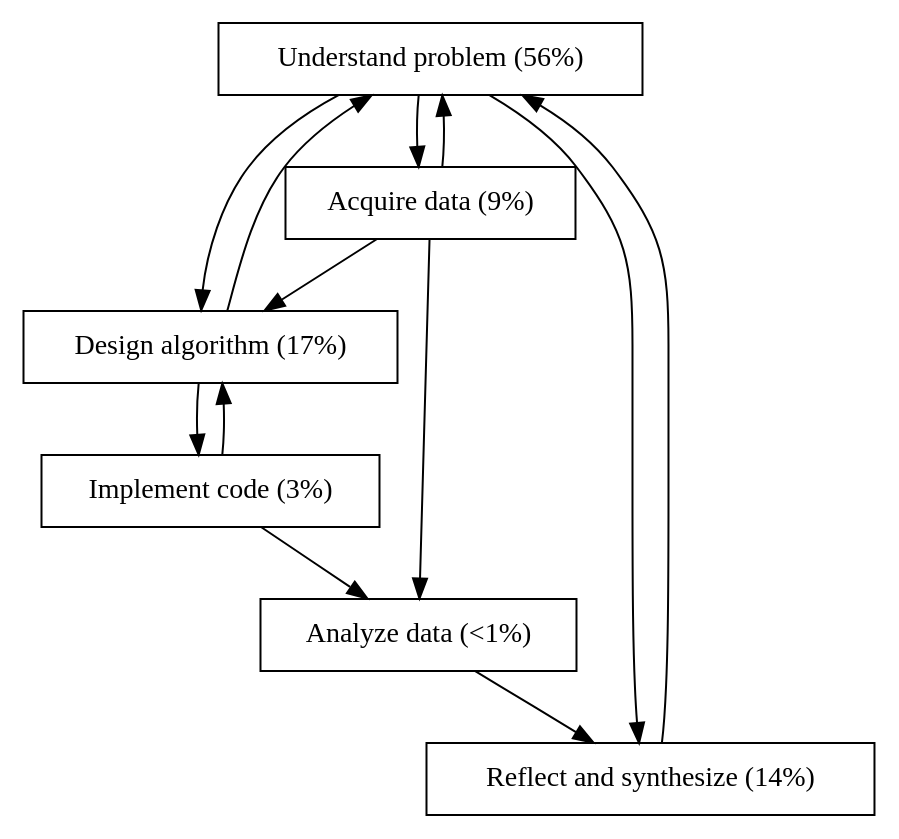
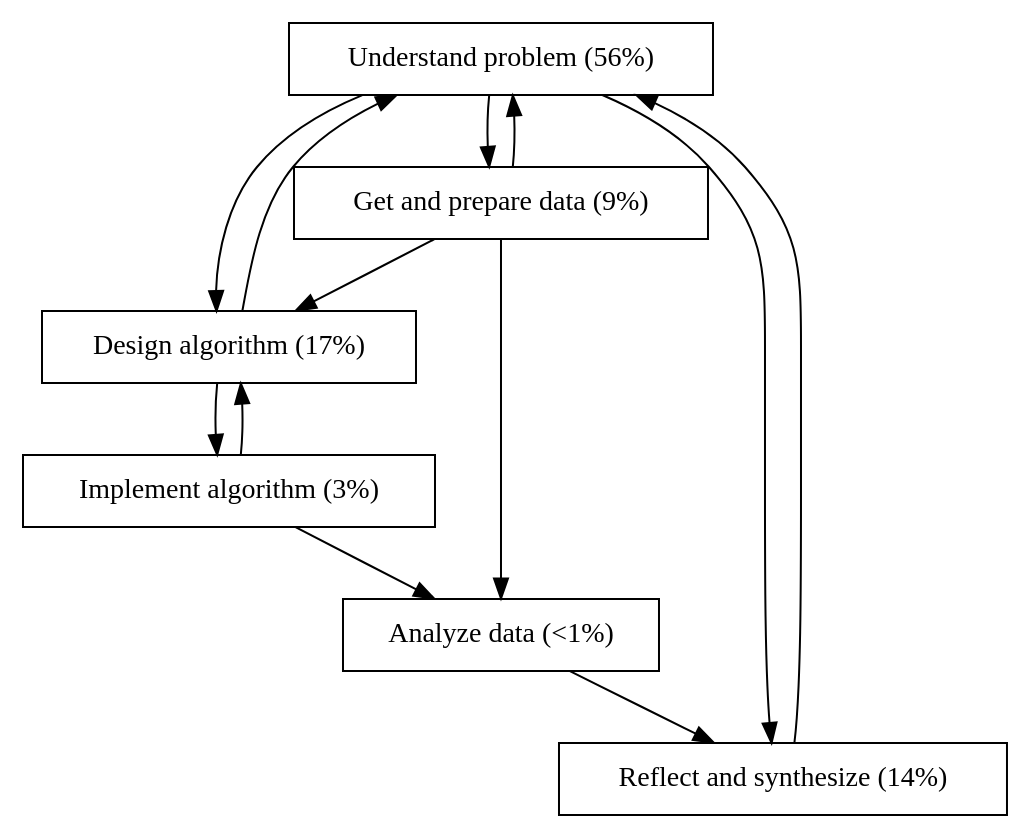
Before and after one commit to jarrodmillman/irr-case-study: the diagram in work_process.dot, drawn with Graphviz. The commit also changed 4 other files, not shown here.

```diff
--- a/work_process.dot
+++ b/work_process.dot
@@ -1,42 +1,42 @@
 digraph {
 	graph [bb="-106.36,-106.83,91.579,114.28"];
 	node [label="\N",
 		shape=box
 	];
 	1	 [height=0.5,
 		label="Understand problem (56%)",
 		pos="-92.363,96.096",
 		width=1.7778];
 	2	 [height=0.5,
-		label="Acquire data (9%)",
+		label="Get and prepare data (9%)",
 		pos="130,96.284",
 		width=1.1944];
 	1 -> 2;
 	3	 [height=0.5,
 		label="Design algorithm (17%)",
 		pos="35.579,38.87",
 		width=1.5556];
 	1 -> 3;
 	6	 [height=0.5,
 		label="Reflect and synthesize (14%)",
-		pos="1.1005,-88.826",
+		pos="1.005,-88.826",
 		width=0.77778];
 	1 -> 6;
 	2 -> 1;
 	2 -> 3;
 	2 -> 5;
 	3 -> 1;
 	4	 [height=0.5,
-		label="Implement code (3%)",
-		pos="55.559,-18.627",
+		label="Implement algorithm (3%)",
+		pos="75.559,-18.627",
 		width=0.625];
 	3 -> 4;
 	6 -> 1;
 	4 -> 3;
 	5	 [height=0.5,
 		label="Analyze data (<1%)",
-		pos="218.362,-50.796",
+		pos="248.362,-50.796",
 		width=0.86111];
 	4 -> 5;
 	5 -> 6;
 }
```
